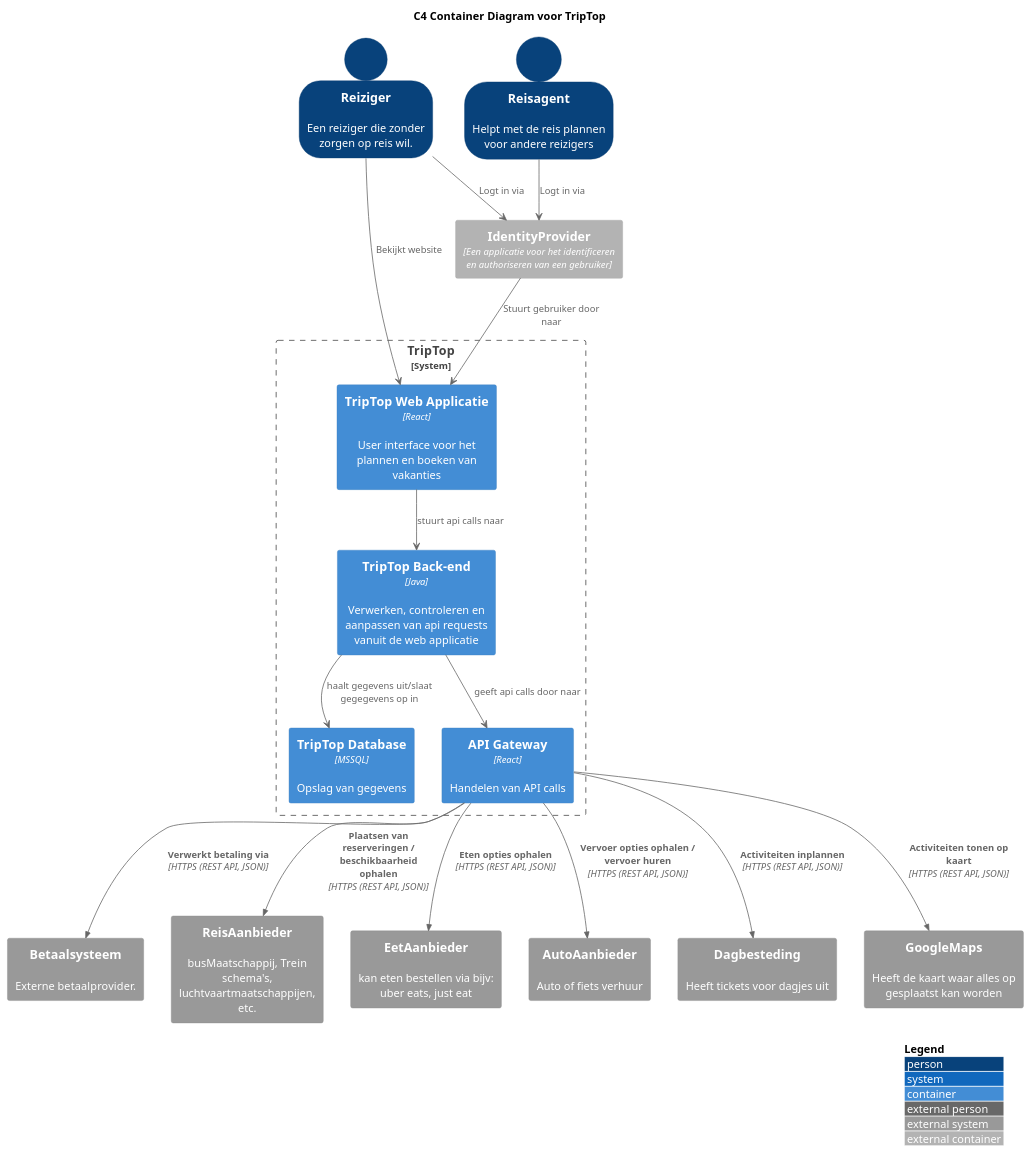
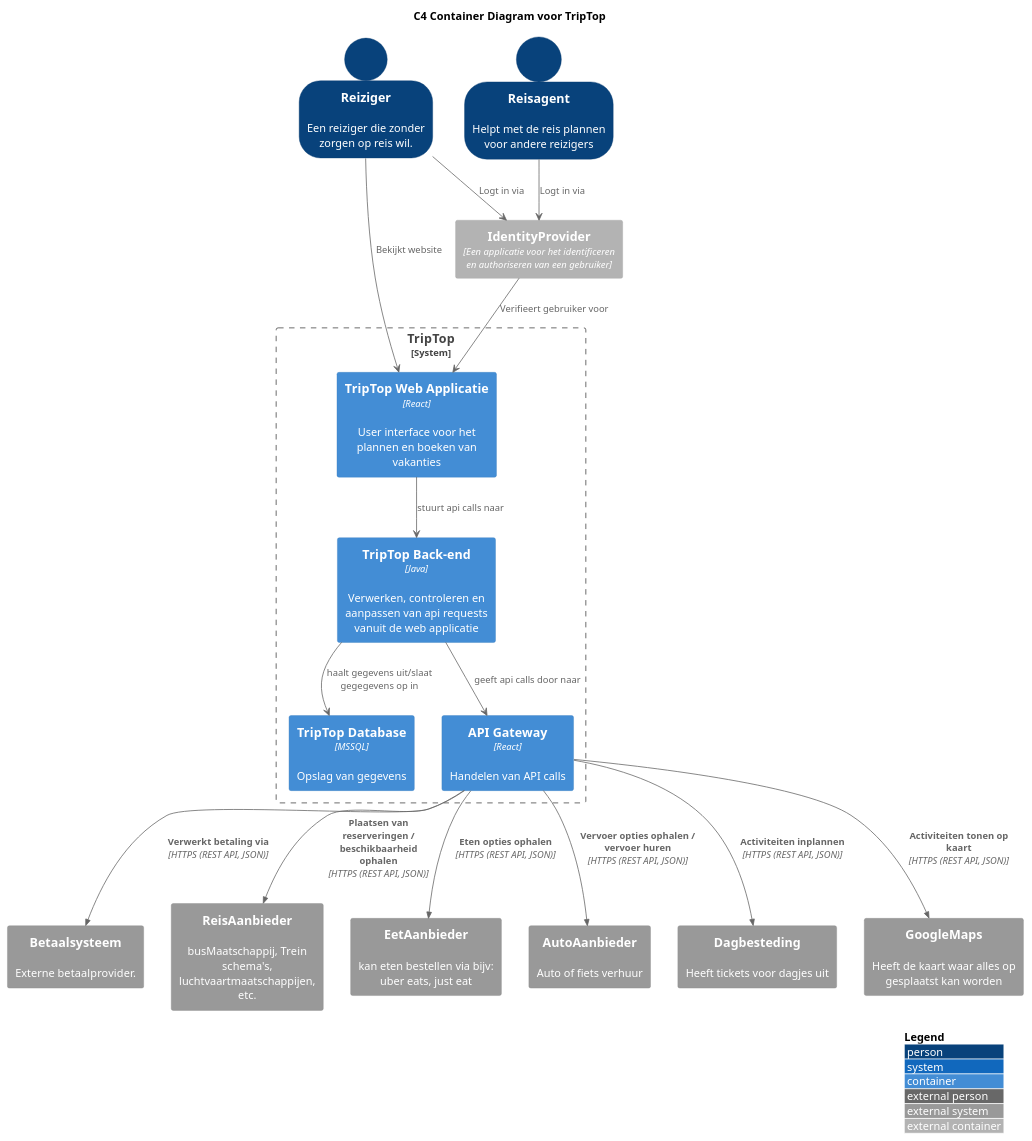
Before and after one commit to AIM-ENE-feb25/triptop-jrn: the diagram in huiswerkAPI/src/main/java/com/example/huiswerkAPI/C4ContainerDiagram.puml, drawn with PlantUML.

```diff
--- a/huiswerkAPI/src/main/java/com/example/huiswerkAPI/C4ContainerDiagram.puml
+++ b/huiswerkAPI/src/main/java/com/example/huiswerkAPI/C4ContainerDiagram.puml
@@ -1,45 +1,45 @@
 @startuml
 !include https://raw.githubusercontent.com/plantuml-stdlib/C4-PlantUML/master/C4_Context.puml
 !include <C4/C4_Container>
 
 title C4 Container Diagram voor TripTop
 
 LAYOUT_WITH_LEGEND()
 
 SHOW_PERSON_OUTLINE()
 Person(Reiziger, "Reiziger", "Een reiziger die zonder zorgen op reis wil.")
 Person(Reisagent, "Reisagent", "Helpt met de reis plannen voor andere reizigers")
 
 Container_Ext(id, "IdentityProvider",  Een applicatie voor het identificeren en authoriseren van een gebruiker)
 
 System_Boundary(triptop_core, "TripTop") {
 
 Container(triptop, "TripTop Web Applicatie", "React", "User interface voor het plannen en boeken van vakanties")
 Container(backend, "TripTop Back-end", "Java", "Verwerken, controleren en aanpassen van api requests vanuit de web applicatie")
 Container(db, "TripTop Database", "MSSQL", "Opslag van gegevens")
 Container(gateway, "API Gateway", "React", "Handelen van API calls")
 }
 
 System_Ext(betaalsysteem, "Betaalsysteem", "Externe betaalprovider.")
 System_Ext(reisAanbieder, "ReisAanbieder", "busMaatschappij, Trein schema's, luchtvaartmaatschappijen, etc.")
 System_Ext(etenAanbieder, "EetAanbieder", "kan eten bestellen via bijv: uber eats, just eat")
 System_Ext(AutoAanbieder, "AutoAanbieder", "Auto of fiets verhuur")
 System_Ext(Dagbesteding, "Dagbesteding", "Heeft tickets voor dagjes uit")
 System_Ext(GoogleMaps, "GoogleMaps", Heeft de kaart waar alles op gesplaatst kan worden)
 
 Reiziger --> id : Logt in via
 Reiziger --> triptop : Bekijkt website
 Reisagent --> id : Logt in via
-id --> triptop : Stuurt gebruiker door naar
+id --> triptop : Verifieert gebruiker voor
 
 triptop --> backend : stuurt api calls naar
 backend --> db : haalt gegevens uit/slaat gegegevens op in
 backend --> gateway : geeft api calls door naar
 
 Rel(gateway, betaalsysteem, "Verwerkt betaling via", "HTTPS (REST API, JSON)")
 Rel(gateway, reisAanbieder, "Plaatsen van reserveringen / beschikbaarheid ophalen", "HTTPS (REST API, JSON)")
 Rel(gateway, etenAanbieder, "Eten opties ophalen", "HTTPS (REST API, JSON)")
 Rel(gateway, AutoAanbieder, "Vervoer opties ophalen / vervoer huren", "HTTPS (REST API, JSON)")
 Rel(gateway, Dagbesteding, "Activiteiten inplannen", "HTTPS (REST API, JSON)")
 Rel(gateway, GoogleMaps, "Activiteiten tonen op kaart", "HTTPS (REST API, JSON)")
 @enduml
```
